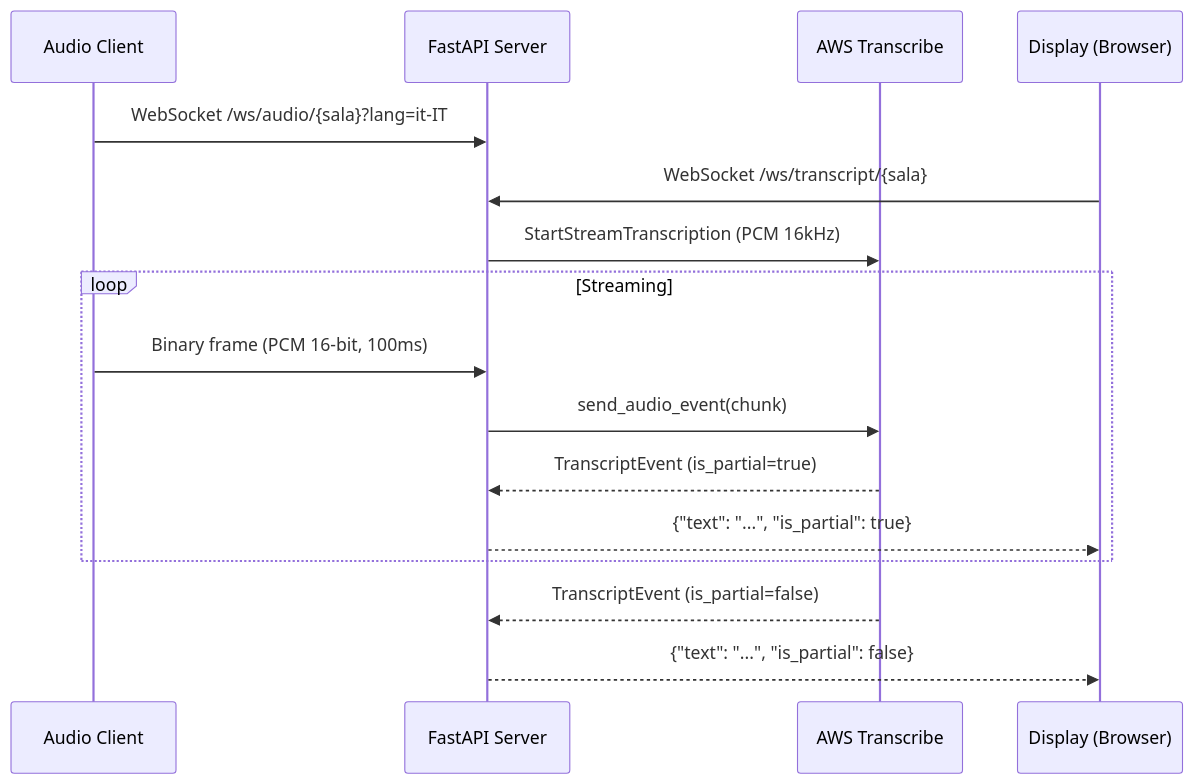
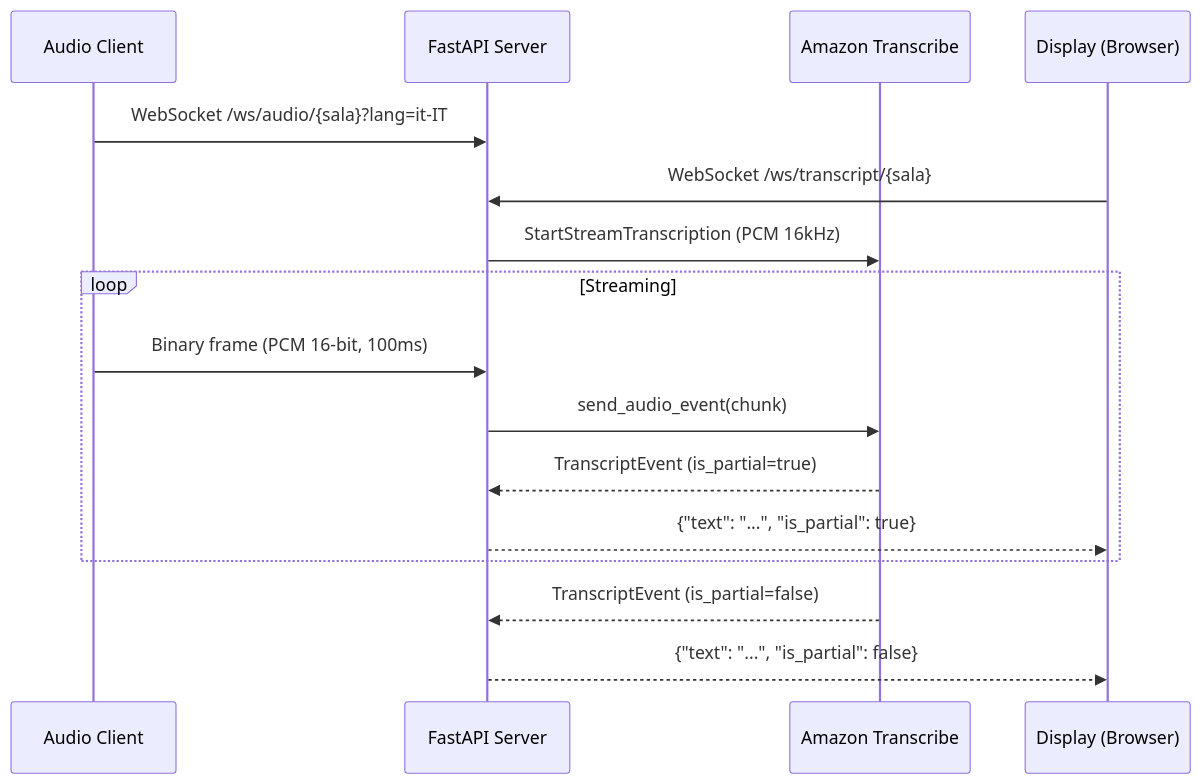
Before and after one commit to bilardi/realtime-transcription: the diagram in README.md, drawn with Mermaid. The commit also changed other lines of this file and 6 other files, not shown here.

Commit message:
docs: fix Amazon Transcribe naming

````diff
--- a/README.md
+++ b/README.md
@@ -9,21 +9,21 @@
 ```mermaid
 sequenceDiagram
     participant AC as Audio Client
     participant S as FastAPI Server
-    participant T as AWS Transcribe
+    participant T as Amazon Transcribe
     participant D as Display (Browser)
 
     AC->>S: WebSocket /ws/audio/{sala}?lang=it-IT
     D->>S: WebSocket /ws/transcript/{sala}
     S->>T: StartStreamTranscription (PCM 16kHz)
 
     loop Streaming
         AC->>S: Binary frame (PCM 16-bit, 100ms)
         S->>T: send_audio_event(chunk)
         T-->>S: TranscriptEvent (is_partial=true)
         S-->>D: {"text": "...", "is_partial": true}
     end
 
     T-->>S: TranscriptEvent (is_partial=false)
     S-->>D: {"text": "...", "is_partial": false}
 ```
````
